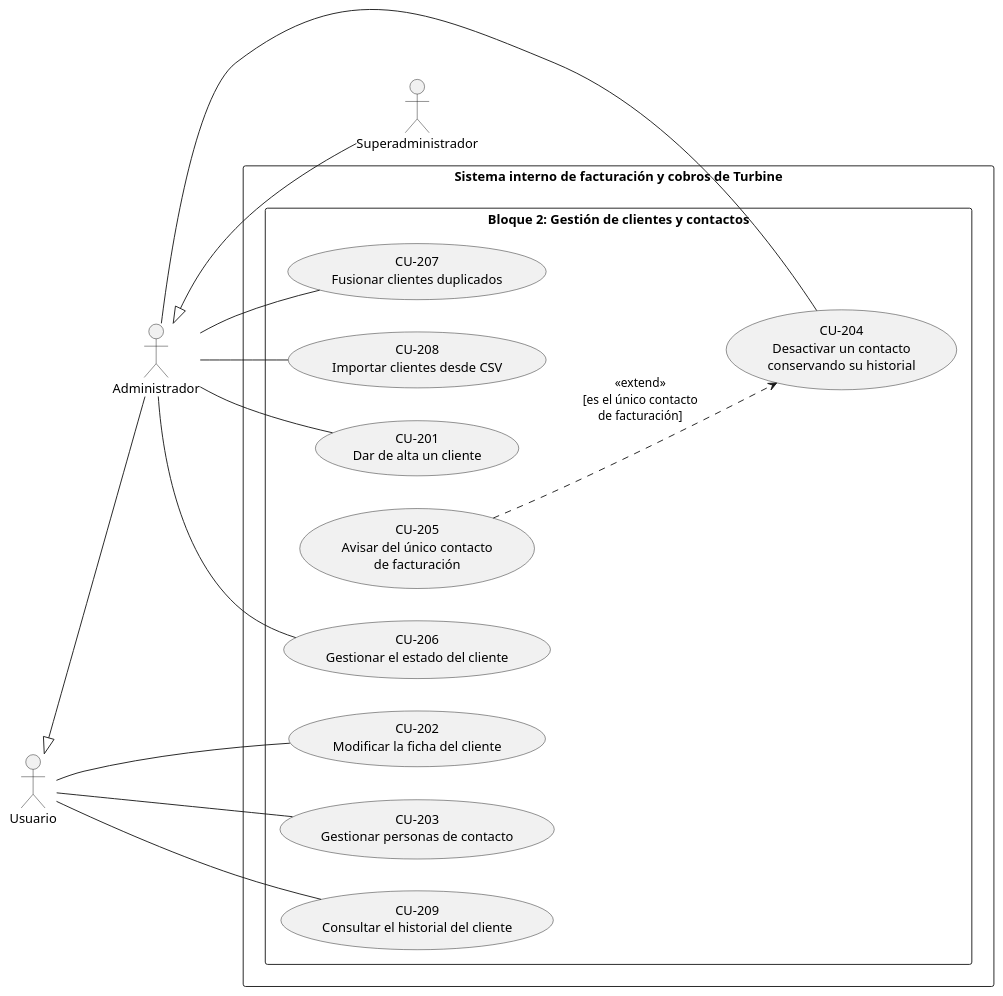
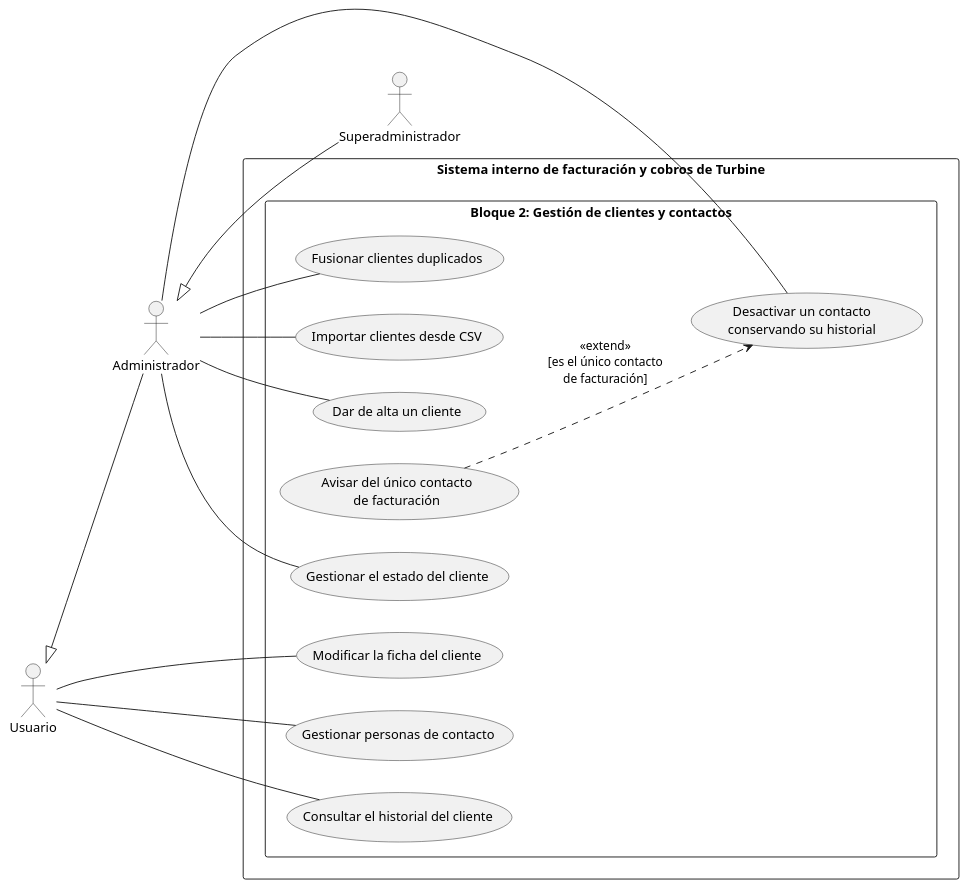
One commit to Daniii004/Grupo-Leibniz changed the diagram in Casos de uso/DiagramaCasos2.puml. Above: the diagram before and after it, drawn with PlantUML. The commit also changed 6 other files, not shown here.

Commit message:
Arreglos para que todos los diagramas tengan el mismo formato

```diff
--- a/Casos de uso/DiagramaCasos2.puml
+++ b/Casos de uso/DiagramaCasos2.puml
@@ -1,59 +1,59 @@
 @startuml
 left to right direction
 skinparam packageStyle rectangle
 
 ' --- ACTORES ---
 actor "Usuario" as Usuario
 actor "Administrador" as Admin
 actor "Superadministrador" as SuperAdmin
 
 ' Herencia de permisos: el administrador puede hacer lo del usuario
 ' y el superadministrador, lo del administrador
 Usuario <|-- Admin
 Admin <|-- SuperAdmin
 
 rectangle "Sistema interno de facturación y cobros de Turbine" {
 
     package "Bloque 2: Gestión de clientes y contactos" {
 
         ' Clientes (FR4)
-        usecase "CU-201\nDar de alta un cliente" as CU201
-        usecase "CU-202\nModificar la ficha del cliente" as CU202
+        usecase "Dar de alta un cliente" as CU201
+        usecase "Modificar la ficha del cliente" as CU202
 
         ' Personas de contacto (FR5)
-        usecase "CU-203\nGestionar personas de contacto" as CU203
-        usecase "CU-204\nDesactivar un contacto\nconservando su historial" as CU204
-        usecase "CU-205\nAvisar del único contacto\nde facturación" as CU205
+        usecase "Gestionar personas de contacto" as CU203
+        usecase "Desactivar un contacto\nconservando su historial" as CU204
+        usecase "Avisar del único contacto\nde facturación" as CU205
 
         ' Ciclo de vida (FR6)
-        usecase "CU-206\nGestionar el estado del cliente" as CU206
-        usecase "CU-207\nFusionar clientes duplicados" as CU207
+        usecase "Gestionar el estado del cliente" as CU206
+        usecase "Fusionar clientes duplicados" as CU207
 
         ' Importación (FR7)
-        usecase "CU-208\nImportar clientes desde CSV" as CU208
+        usecase "Importar clientes desde CSV" as CU208
 
         ' Historial (FR8)
-        usecase "CU-209\nConsultar el historial del cliente" as CU209
+        usecase "Consultar el historial del cliente" as CU209
     }
 }
 
 ' --- RELACIONES ENTRE CASOS DE USO ---
 
 ' Extensiones (la flecha parte del caso que extiende)
 CU205 ..> CU204 : <<extend>>\n[es el único contacto\nde facturación]
 
 ' --- ASOCIACIONES ACTOR - CASO DE USO ---
 
 ' Usuario (sobre sus clientes asignados)
 Usuario -- CU202
 Usuario -- CU203
 Usuario -- CU209
 
 ' Administrador
 Admin -- CU201
 Admin -- CU204
 Admin -- CU206
 Admin -- CU207
 Admin -- CU208
 
 @enduml
```
